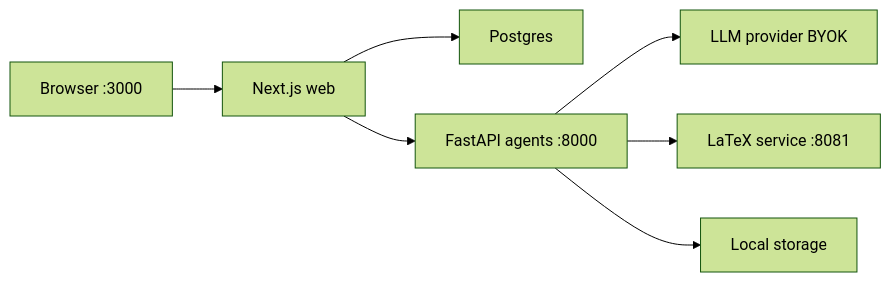
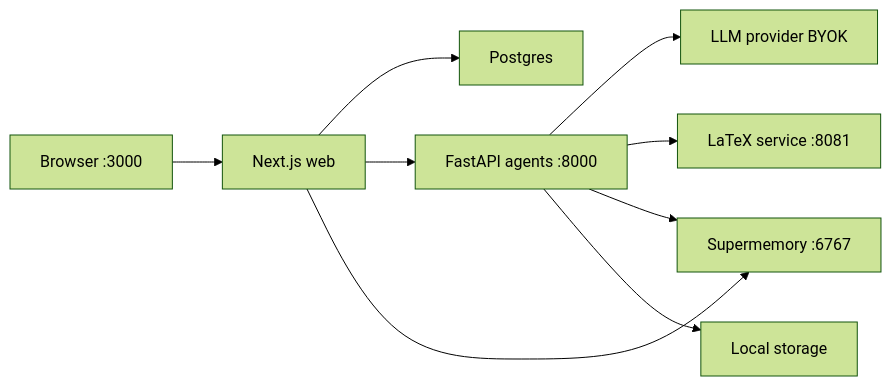
Before and after one commit to hatif03/holocron: the diagram in README.md, drawn with Mermaid (forest theme). The commit also changed other lines of this file and 1 other file, not shown here.

````diff
--- a/README.md
+++ b/README.md
@@ -104,9 +107,11 @@
 ```mermaid
 flowchart LR
   Browser["Browser :3000"] --> Web["Next.js web"]
   Web --> DB["Postgres"]
   Web --> Agents["FastAPI agents :8000"]
+  Web --> SM["Supermemory :6767"]
   Agents --> LLM["LLM provider BYOK"]
   Agents --> Latex["LaTeX service :8081"]
+  Agents --> SM
   Agents --> Storage["Local storage"]
 ```
````
